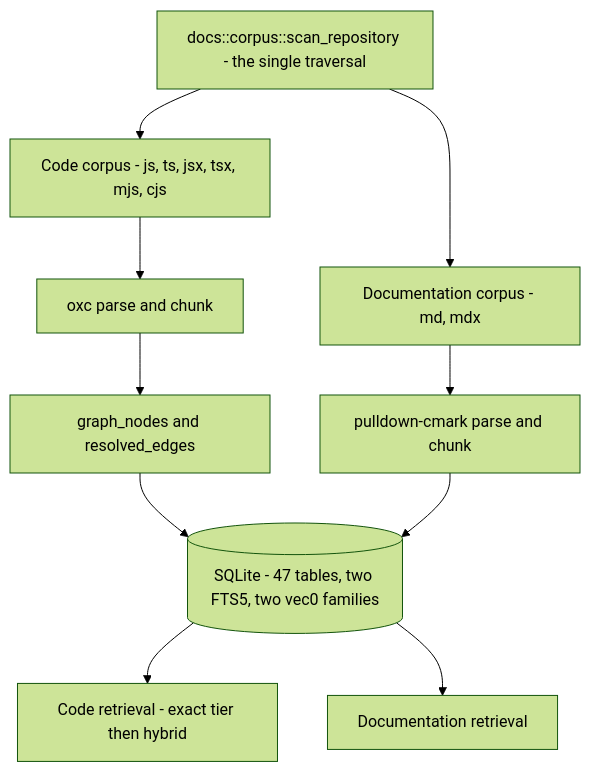
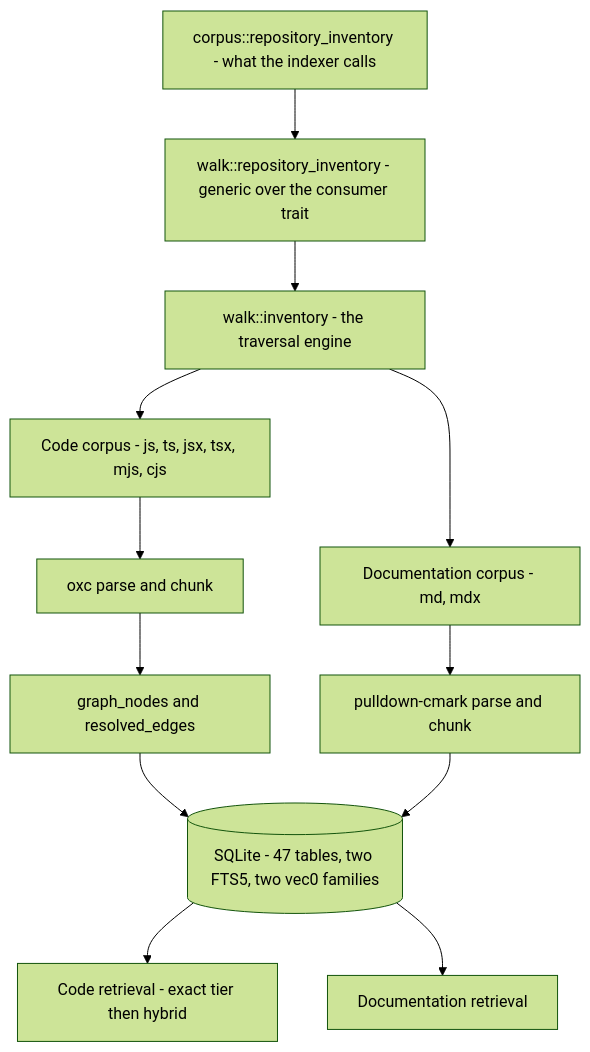
Before and after one commit to iantocristian/jscout: the diagram in docs/codebase-analysis/01-system-overview.md, drawn with Mermaid (forest theme). The commit also changed other lines of this file and 11 other files, not shown here.

````diff
--- a/docs/codebase-analysis/01-system-overview.md
+++ b/docs/codebase-analysis/01-system-overview.md
@@ -20,17 +20,20 @@
 ```mermaid
 flowchart TD
-    WALK["docs::corpus::scan_repository - the single traversal"]
+    ENTRY["corpus::repository_inventory - what the indexer calls"]
+    WALK["walk::repository_inventory - generic over the consumer trait"]
+    ENGINE["walk::inventory - the traversal engine"]
     CODE["Code corpus - js, ts, jsx, tsx, mjs, cjs"]
     DOCS["Documentation corpus - md, mdx"]
     OXC["oxc parse and chunk"]
     PROSE["pulldown-cmark parse and chunk"]
     GRAPH["graph_nodes and resolved_edges"]
     DB[("SQLite - 47 tables, two FTS5, two vec0 families")]
     CQ["Code retrieval - exact tier then hybrid"]
     DQ["Documentation retrieval"]
 
-    WALK --> CODE --> OXC --> GRAPH --> DB
-    WALK --> DOCS --> PROSE --> DB
+    ENTRY --> WALK --> ENGINE
+    ENGINE --> CODE --> OXC --> GRAPH --> DB
+    ENGINE --> DOCS --> PROSE --> DB
     DB --> CQ
     DB --> DQ
 ```
````
